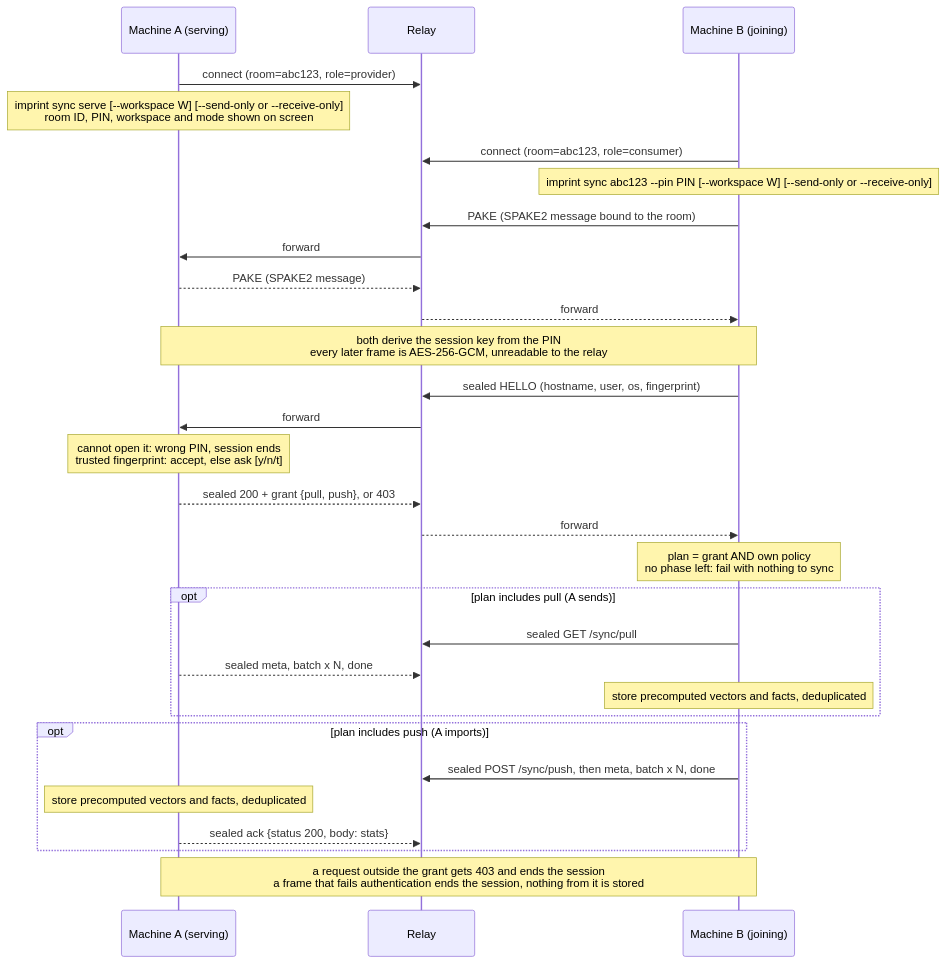
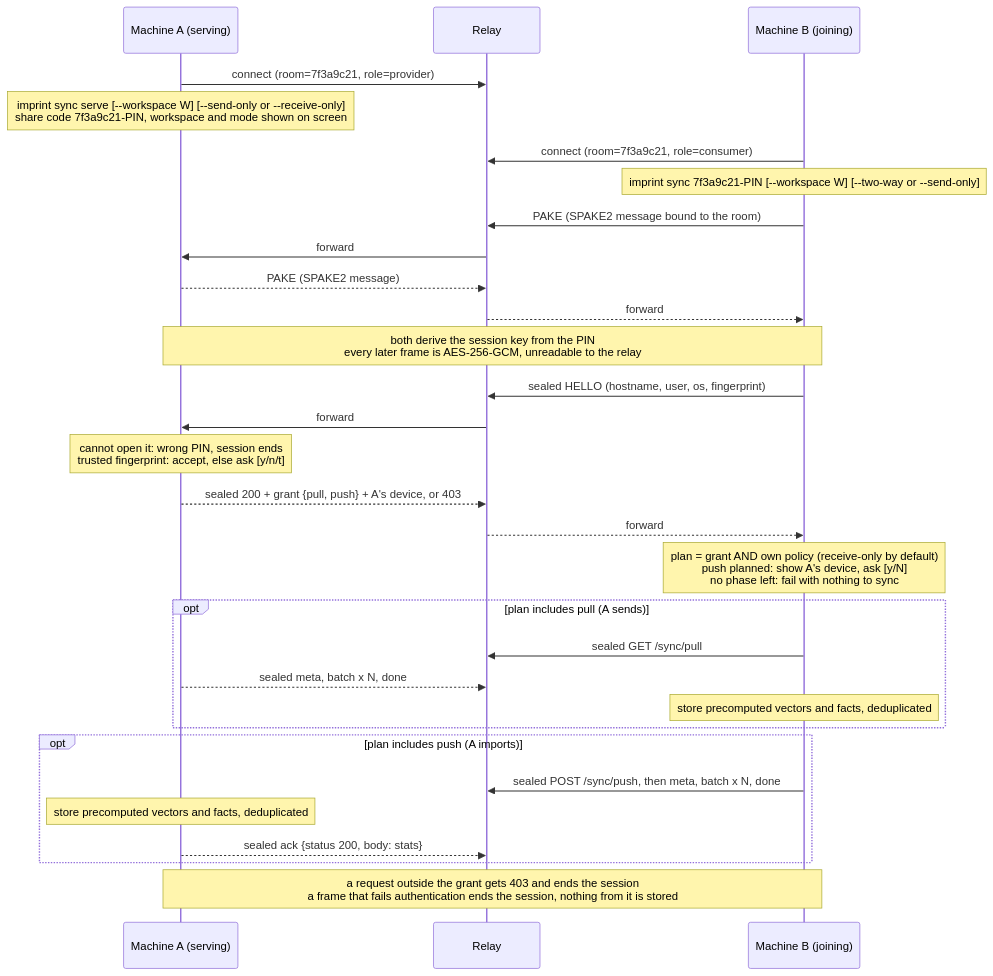
Before and after one commit to alexandruleca/imprint-memory-layer: the diagram in docs/sync.md, drawn with Mermaid. The commit also changed other lines of this file and 22 other files, not shown here.

````diff
--- a/docs/sync.md
+++ b/docs/sync.md
@@ -15,38 +15,38 @@
 ```mermaid
 sequenceDiagram
     participant A as Machine A (serving)
     participant R as Relay
     participant B as Machine B (joining)
 
-    A->>R: connect (room=abc123, role=provider)
-    Note over A: imprint sync serve [--workspace W] [--send-only or --receive-only]<br/>room ID, PIN, workspace and mode shown on screen
-    B->>R: connect (room=abc123, role=consumer)
-    Note over B: imprint sync abc123 --pin PIN [--workspace W] [--send-only or --receive-only]
+    A->>R: connect (room=7f3a9c21, role=provider)
+    Note over A: imprint sync serve [--workspace W] [--send-only or --receive-only]<br/>share code 7f3a9c21-PIN, workspace and mode shown on screen
+    B->>R: connect (room=7f3a9c21, role=consumer)
+    Note over B: imprint sync 7f3a9c21-PIN [--workspace W] [--two-way or --send-only]
 
     B->>R: PAKE (SPAKE2 message bound to the room)
     R->>A: forward
     A-->>R: PAKE (SPAKE2 message)
     R-->>B: forward
     Note over A,B: both derive the session key from the PIN<br/>every later frame is AES-256-GCM, unreadable to the relay
 
     B->>R: sealed HELLO (hostname, user, os, fingerprint)
     R->>A: forward
     Note over A: cannot open it: wrong PIN, session ends<br/>trusted fingerprint: accept, else ask [y/n/t]
-    A-->>R: sealed 200 + grant {pull, push}, or 403
+    A-->>R: sealed 200 + grant {pull, push} + A's device, or 403
     R-->>B: forward
-    Note over B: plan = grant AND own policy<br/>no phase left: fail with nothing to sync
+    Note over B: plan = grant AND own policy (receive-only by default)<br/>push planned: show A's device, ask [y/N]<br/>no phase left: fail with nothing to sync
 
     opt plan includes pull (A sends)
         B->>R: sealed GET /sync/pull
         A-->>R: sealed meta, batch x N, done
         Note over B: store precomputed vectors and facts, deduplicated
     end
 
     opt plan includes push (A imports)
         B->>R: sealed POST /sync/push, then meta, batch x N, done
         Note over A: store precomputed vectors and facts, deduplicated
         A-->>R: sealed ack {status 200, body: stats}
     end
 
     Note over A,B: a request outside the grant gets 403 and ends the session<br/>a frame that fails authentication ends the session, nothing from it is stored
 ```
````
